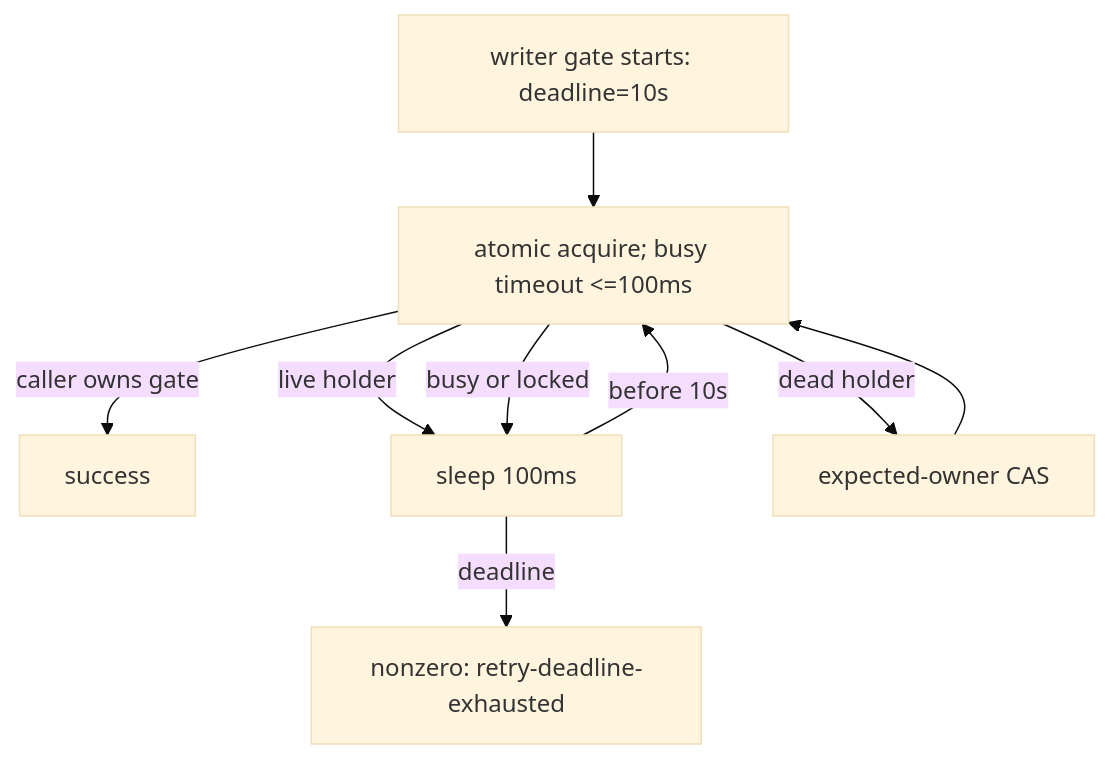
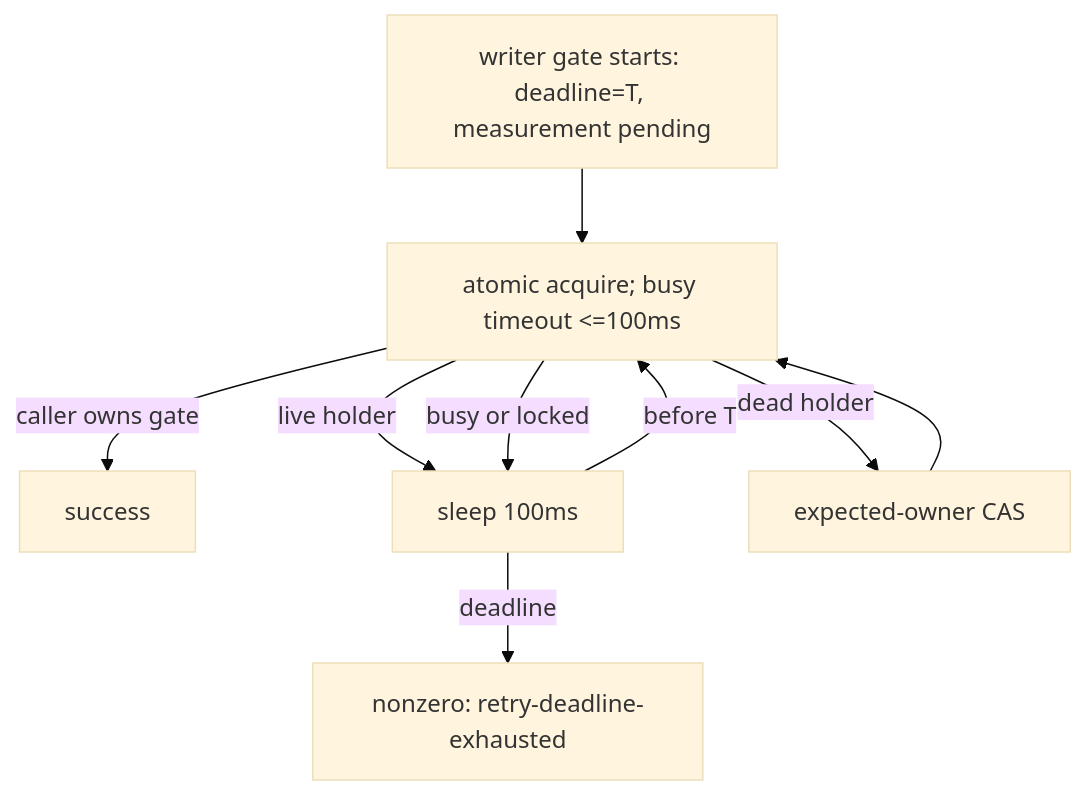
Before and after one commit to kappaseijin/agmsg: the diagram in docs/plan/2026-08-26_issue-198-writer-gate-live-holder-visibility.md, drawn with Mermaid (base theme). The commit also changed other lines of this file, not shown here.

Commit message:
docs: hold #198 deadline pending samples

````diff
--- a/docs/plan/2026-08-26_issue-198-writer-gate-live-holder-visibility.md
+++ b/docs/plan/2026-08-26_issue-198-writer-gate-live-holder-visibility.md
@@ -28,11 +30,11 @@
 ```mermaid
 flowchart TD
-    A[writer gate starts: deadline=10s] --> B[atomic acquire; busy timeout <=100ms]
+    A[writer gate starts: deadline=T, measurement pending] --> B[atomic acquire; busy timeout <=100ms]
     B -->|caller owns gate| S[success]
     B -->|live holder| C[sleep 100ms]
-    C -->|before 10s| B
+    C -->|before T| B
     B -->|dead holder| D[expected-owner CAS]
     D --> B
     B -->|busy or locked| C
     C -->|deadline| F[nonzero: retry-deadline-exhausted]
 ```
````
